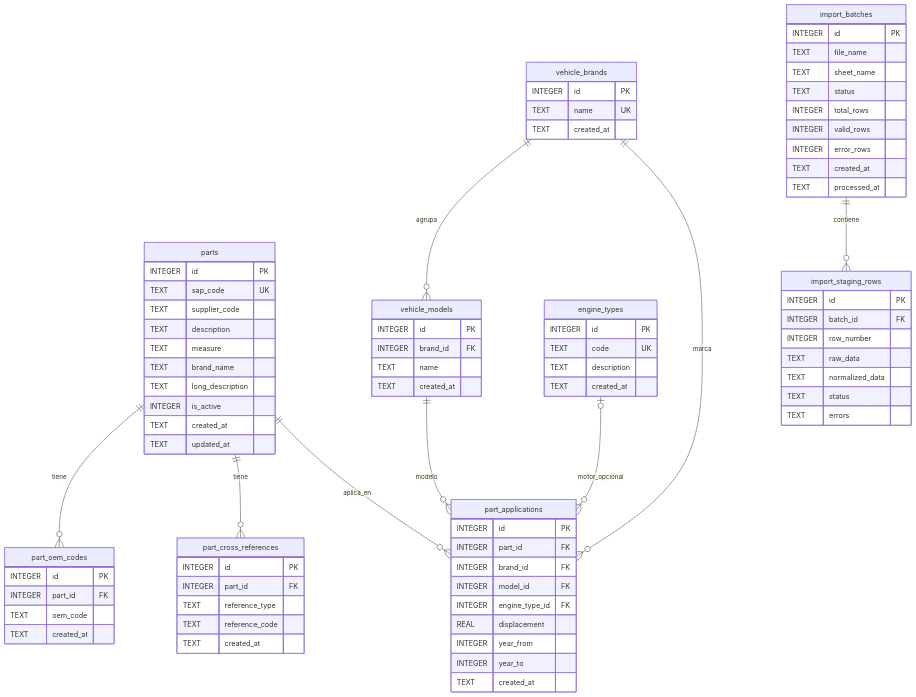
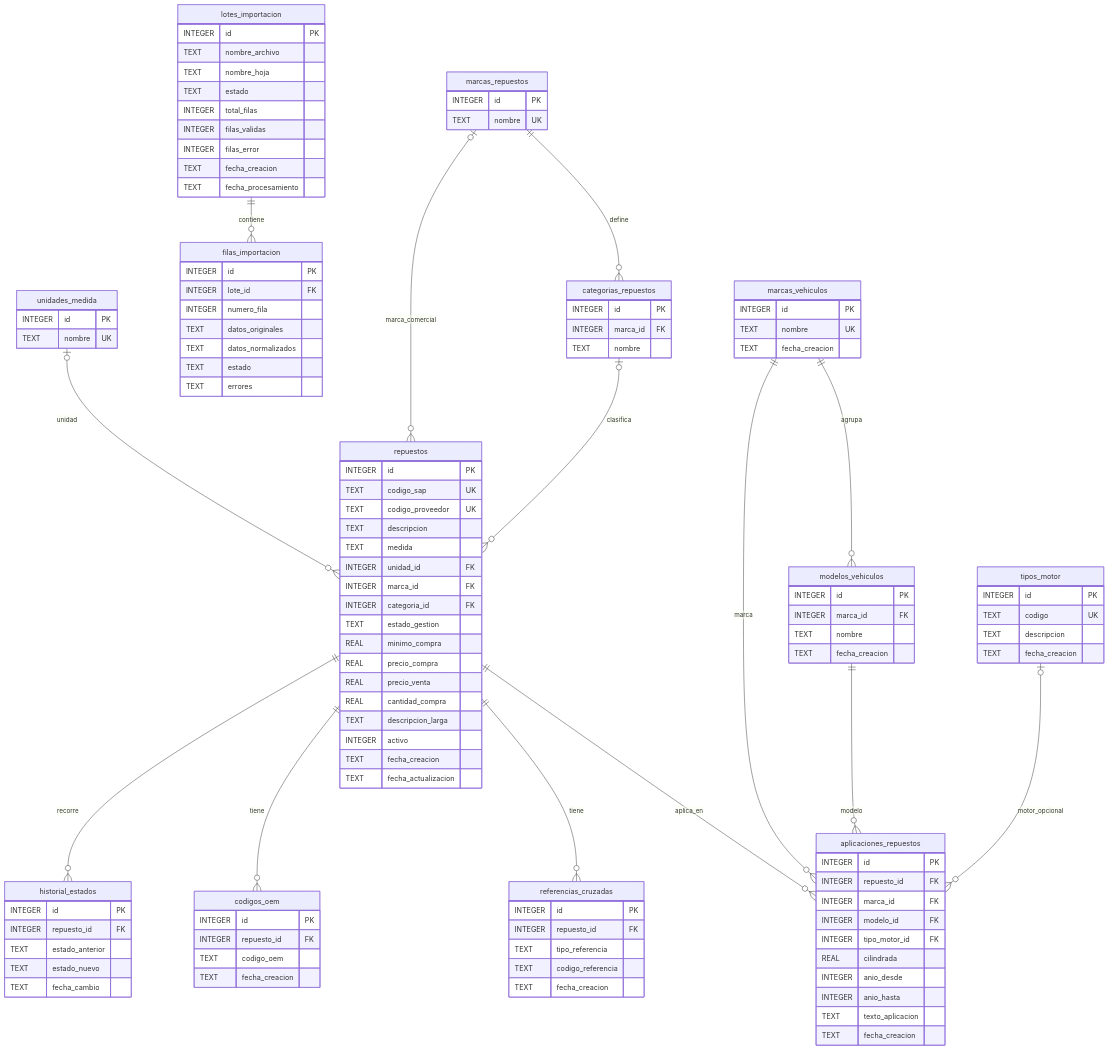
One commit to edwincolquev/catalogo changed the diagram in DIAGRAMA_ER.md. Above: the diagram before and after it, drawn with Mermaid. The commit also changed other lines of this file and 24 other files, not shown here.

````diff
--- a/DIAGRAMA_ER.md
+++ b/DIAGRAMA_ER.md
@@ -6,85 +6,119 @@
 ```mermaid
 erDiagram
-    parts {
+    repuestos {
         INTEGER id PK
-        TEXT sap_code UK
-        TEXT supplier_code
-        TEXT description
-        TEXT measure
-        TEXT brand_name
-        TEXT long_description
-        INTEGER is_active
-        TEXT created_at
-        TEXT updated_at
+        TEXT codigo_sap UK
+        TEXT codigo_proveedor UK
+        TEXT descripcion
+        TEXT medida
+        INTEGER unidad_id FK
+        INTEGER marca_id FK
+        INTEGER categoria_id FK
+        TEXT estado_gestion
+        REAL minimo_compra
+        REAL precio_compra
+        REAL precio_venta
+        REAL cantidad_compra
+        TEXT descripcion_larga
+        INTEGER activo
+        TEXT fecha_creacion
+        TEXT fecha_actualizacion
     }
-    part_oem_codes {
+    codigos_oem {
         INTEGER id PK
-        INTEGER part_id FK
-        TEXT oem_code
-        TEXT created_at
+        INTEGER repuesto_id FK
+        TEXT codigo_oem
+        TEXT fecha_creacion
     }
-    part_cross_references {
+    referencias_cruzadas {
         INTEGER id PK
-        INTEGER part_id FK
-        TEXT reference_type
-        TEXT reference_code
-        TEXT created_at
+        INTEGER repuesto_id FK
+        TEXT tipo_referencia
+        TEXT codigo_referencia
+        TEXT fecha_creacion
     }
-    vehicle_brands {
+    marcas_vehiculos {
         INTEGER id PK
-        TEXT name UK
-        TEXT created_at
+        TEXT nombre UK
+        TEXT fecha_creacion
     }
-    vehicle_models {
+    modelos_vehiculos {
         INTEGER id PK
-        INTEGER brand_id FK
-        TEXT name
-        TEXT created_at
+        INTEGER marca_id FK
+        TEXT nombre
+        TEXT fecha_creacion
     }
-    engine_types {
+    tipos_motor {
         INTEGER id PK
-        TEXT code UK
-        TEXT description
-        TEXT created_at
+        TEXT codigo UK
+        TEXT descripcion
+        TEXT fecha_creacion
     }
-    part_applications {
+    aplicaciones_repuestos {
         INTEGER id PK
-        INTEGER part_id FK
-        INTEGER brand_id FK
-        INTEGER model_id FK
-        INTEGER engine_type_id FK
-        REAL displacement
-        INTEGER year_from
-        INTEGER year_to
-        TEXT created_at
+        INTEGER repuesto_id FK
+        INTEGER marca_id FK
+        INTEGER modelo_id FK
+        INTEGER tipo_motor_id FK
+        REAL cilindrada
+        INTEGER anio_desde
+        INTEGER anio_hasta
+        TEXT texto_aplicacion
+        TEXT fecha_creacion
     }
-    import_batches {
+    lotes_importacion {
         INTEGER id PK
-        TEXT file_name
-        TEXT sheet_name
-        TEXT status
-        INTEGER total_rows
-        INTEGER valid_rows
-        INTEGER error_rows
-        TEXT created_at
-        TEXT processed_at
+        TEXT nombre_archivo
+        TEXT nombre_hoja
+        TEXT estado
+        INTEGER total_filas
+        INTEGER filas_validas
+        INTEGER filas_error
+        TEXT fecha_creacion
+        TEXT fecha_procesamiento
     }
-    import_staging_rows {
+    filas_importacion {
         INTEGER id PK
-        INTEGER batch_id FK
-        INTEGER row_number
-        TEXT raw_data
-        TEXT normalized_data
-        TEXT status
-        TEXT errors
+        INTEGER lote_id FK
+        INTEGER numero_fila
+        TEXT datos_originales
+        TEXT datos_normalizados
+        TEXT estado
+        TEXT errores
     }
 
-    parts ||--o{ part_oem_codes : tiene
-    parts ||--o{ part_cross_references : tiene
-    parts ||--o{ part_applications : aplica_en
-    vehicle_brands ||--o{ vehicle_models : agrupa
-    vehicle_brands ||--o{ part_applications : marca
-    vehicle_models ||--o{ part_applications : modelo
-    engine_types |o--o{ part_applications : motor_opcional
-    import_batches ||--o{ import_staging_rows : contiene
+    unidades_medida {
+        INTEGER id PK
+        TEXT nombre UK
+    }
+    marcas_repuestos {
+        INTEGER id PK
+        TEXT nombre UK
+    }
+    categorias_repuestos {
+        INTEGER id PK
+        INTEGER marca_id FK
+        TEXT nombre
+    }
+    historial_estados {
+        INTEGER id PK
+        INTEGER repuesto_id FK
+        TEXT estado_anterior
+        TEXT estado_nuevo
+        TEXT fecha_cambio
+    }
+
+    unidades_medida |o--o{ repuestos : unidad
+    marcas_repuestos |o--o{ repuestos : marca_comercial
+    marcas_repuestos ||--o{ categorias_repuestos : define
+    categorias_repuestos |o--o{ repuestos : clasifica
+    repuestos ||--o{ historial_estados : recorre
+    repuestos ||--o{ codigos_oem : tiene
+    repuestos ||--o{ referencias_cruzadas : tiene
+    repuestos ||--o{ aplicaciones_repuestos : aplica_en
+    marcas_vehiculos ||--o{ modelos_vehiculos : agrupa
+    marcas_vehiculos ||--o{ aplicaciones_repuestos : marca
+    modelos_vehiculos ||--o{ aplicaciones_repuestos : modelo
+    tipos_motor |o--o{ aplicaciones_repuestos : motor_opcional
+    lotes_importacion ||--o{ filas_importacion : contiene
 ```
````
